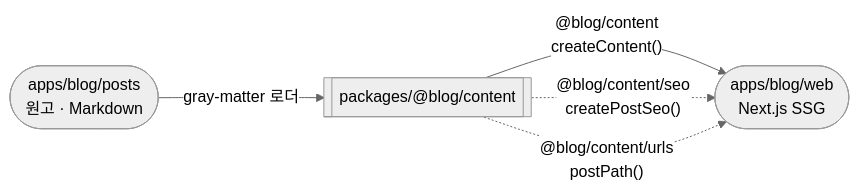
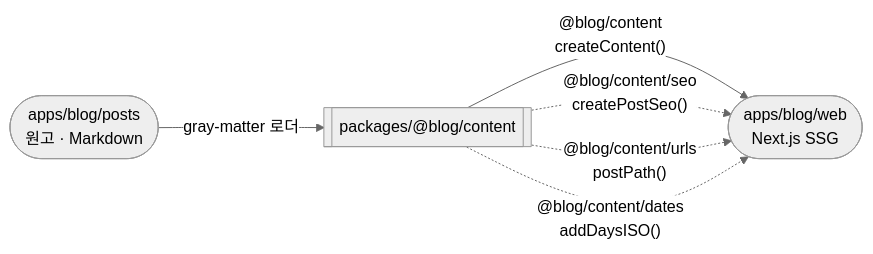
Before and after one commit to Han5991/fe-lab: the first of 4 diagrams in packages/@blog/content/README.md, drawn with Mermaid (neutral theme). The commit also changed other lines of this file and 18 other files, not shown here.

````diff
--- a/packages/@blog/content/README.md
+++ b/packages/@blog/content/README.md
@@ -34,10 +39,11 @@
 ```mermaid
 flowchart LR
   posts(["apps/blog/posts<br/>원고 · Markdown"])
   pkg[["packages/@blog/content"]]
   app(["apps/blog/web<br/>Next.js SSG"])
   posts -->|"gray-matter 로더"| pkg
   pkg -->|"@blog/content<br/>createContent()"| app
   pkg -.->|"@blog/content/seo<br/>createPostSeo()"| app
   pkg -.->|"@blog/content/urls<br/>postPath()"| app
+  pkg -.->|"@blog/content/dates<br/>addDaysISO()"| app
 ```
````
